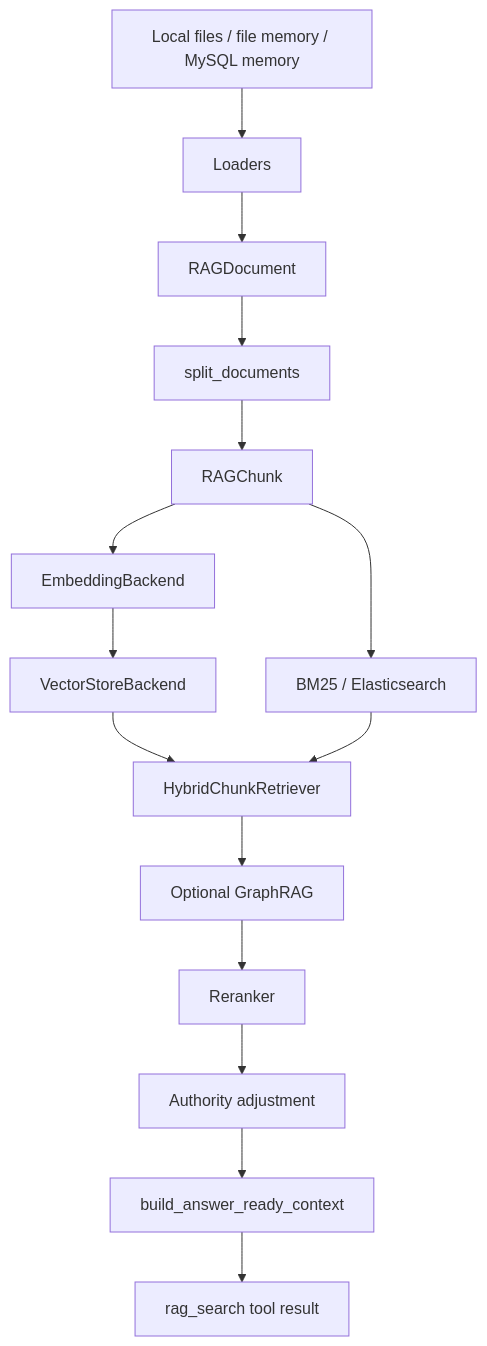
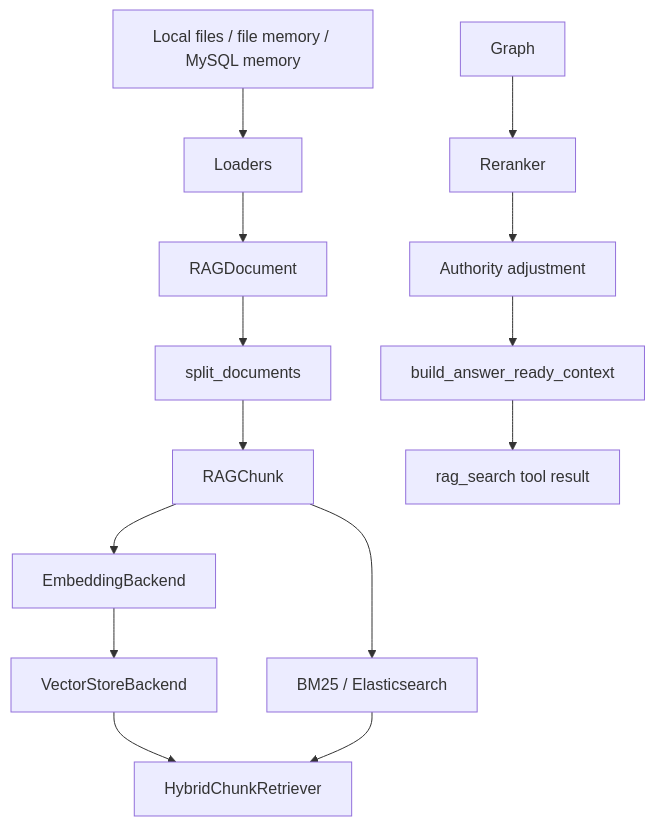
One commit to kkaaakk/public_opinion_research changed the diagram in docs/architecture/rag.md. Above: the diagram before and after it, drawn with Mermaid. The commit also changed other lines of this file and 141 other files, not shown here.

Commit message:
refactor(context): remove research graph and working-context memory

````diff
--- a/docs/architecture/rag.md
+++ b/docs/architecture/rag.md
@@ -36,17 +36,16 @@
 ```mermaid
 flowchart TD
     Sources[Local files / file memory / MySQL memory] --> Loader[Loaders]
     Loader --> Docs[RAGDocument]
     Docs --> Splitter[split_documents]
     Splitter --> Chunks[RAGChunk]
     Chunks --> Embeddings[EmbeddingBackend]
     Embeddings --> VectorStore[VectorStoreBackend]
     Chunks --> BM25[BM25 / Elasticsearch]
     VectorStore --> Retriever[HybridChunkRetriever]
     BM25 --> Retriever
-    Retriever --> Graph[Optional GraphRAG]
     Graph --> Reranker[Reranker]
     Reranker --> Authority[Authority adjustment]
     Authority --> Citations[build_answer_ready_context]
     Citations --> Agent[rag_search tool result]
 ```
````
